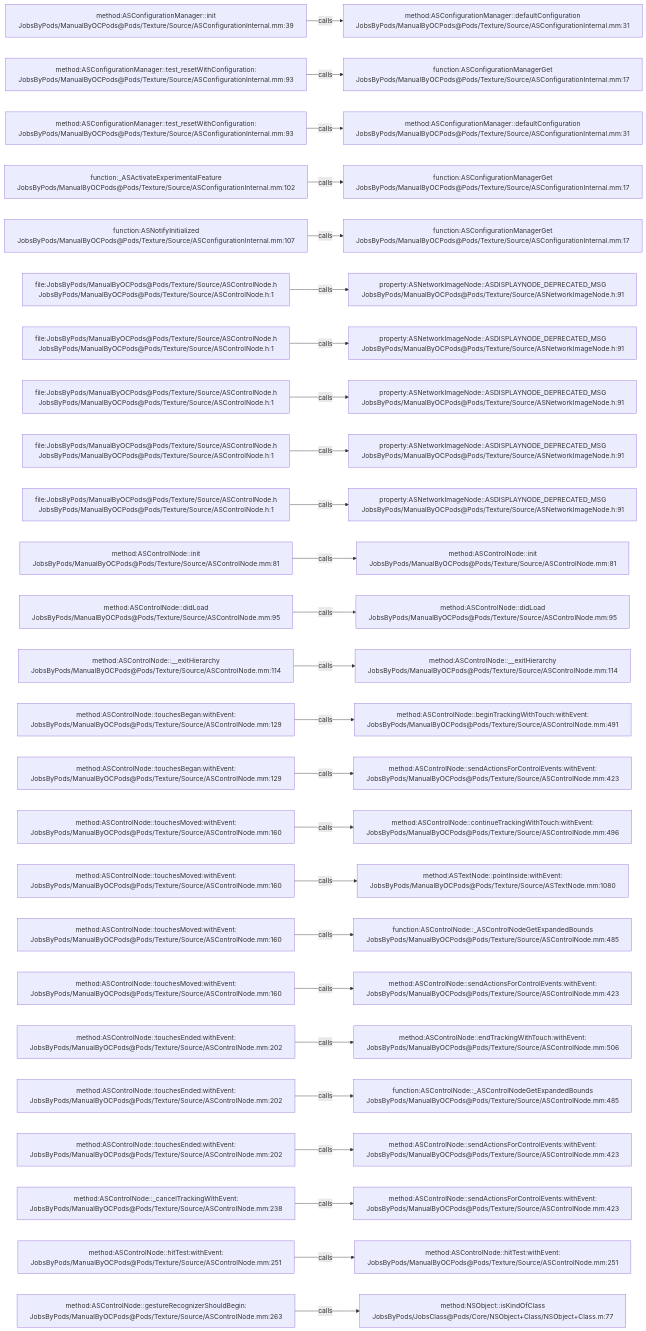
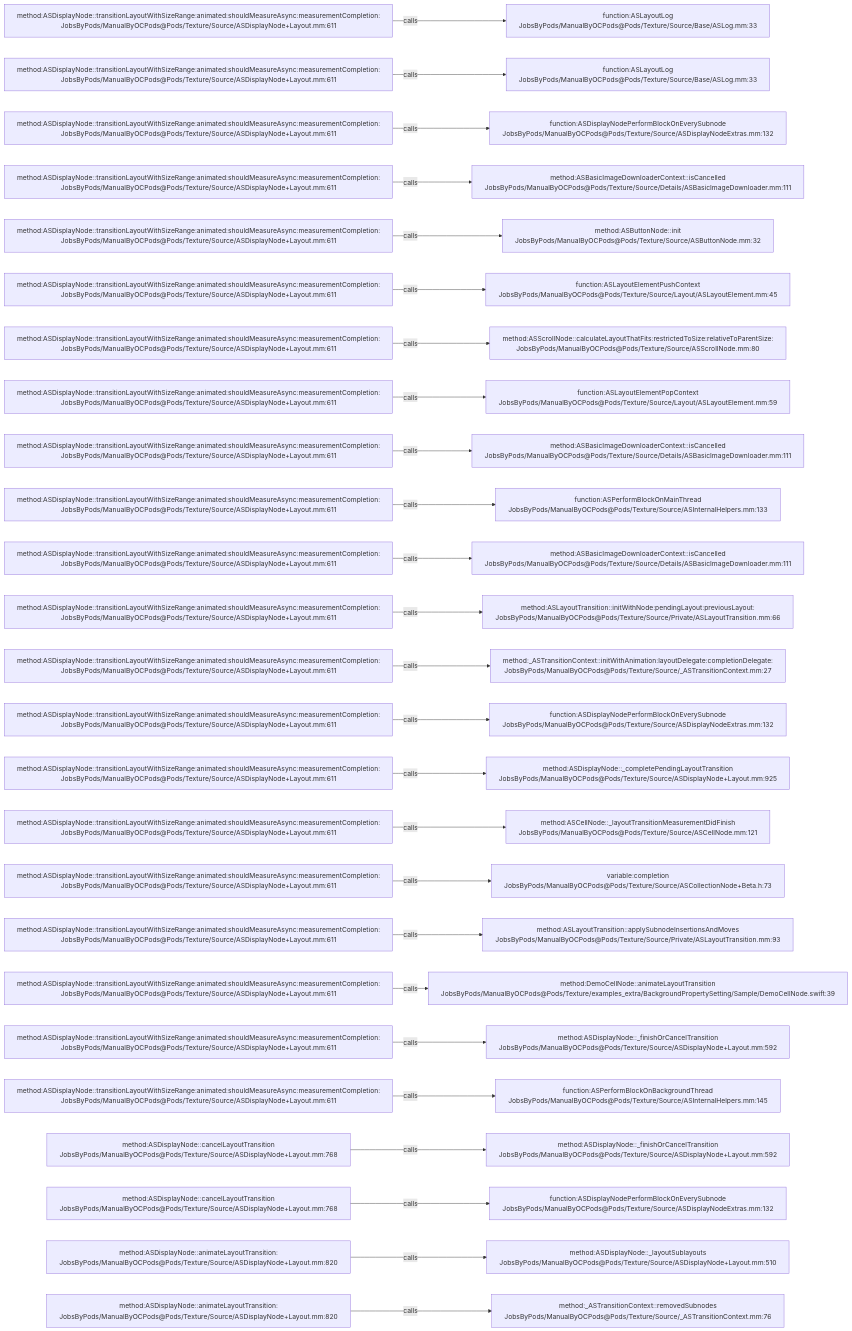
One commit to JobsKits/JobsOCBaseConfigDemo changed the diagram in .codegraph/codegraph.md/graphs/calls-078.md. Above: the diagram before and after it, drawn with Mermaid. The commit also changed 2723 other files, not shown here.

````diff
--- a/.codegraph/codegraph.md/graphs/calls-078.md
+++ b/.codegraph/codegraph.md/graphs/calls-078.md
@@ -13,78 +13,78 @@
 ```mermaid
 flowchart LR
-  S1["method:ASConfigurationManager::init<br/>JobsByPods/ManualByOCPods@Pods/Texture/Source/ASConfigurationInternal.mm:39"]
-  T1["method:ASConfigurationManager::defaultConfiguration<br/>JobsByPods/ManualByOCPods@Pods/Texture/Source/ASConfigurationInternal.mm:31"]
+  S1["method:ASDisplayNode::transitionLayoutWithSizeRange:animated:shouldMeasureAsync:measurementCompletion:<br/>JobsByPods/ManualByOCPods@Pods/Texture/Source/ASDisplayNode+Layout.mm:611"]
+  T1["function:ASLayoutLog<br/>JobsByPods/ManualByOCPods@Pods/Texture/Source/Base/ASLog.mm:33"]
   S1 -->|calls| T1
-  S2["method:ASConfigurationManager::test_resetWithConfiguration:<br/>JobsByPods/ManualByOCPods@Pods/Texture/Source/ASConfigurationInternal.mm:93"]
-  T2["function:ASConfigurationManagerGet<br/>JobsByPods/ManualByOCPods@Pods/Texture/Source/ASConfigurationInternal.mm:17"]
+  S2["method:ASDisplayNode::transitionLayoutWithSizeRange:animated:shouldMeasureAsync:measurementCompletion:<br/>JobsByPods/ManualByOCPods@Pods/Texture/Source/ASDisplayNode+Layout.mm:611"]
+  T2["function:ASLayoutLog<br/>JobsByPods/ManualByOCPods@Pods/Texture/Source/Base/ASLog.mm:33"]
   S2 -->|calls| T2
-  S3["method:ASConfigurationManager::test_resetWithConfiguration:<br/>JobsByPods/ManualByOCPods@Pods/Texture/Source/ASConfigurationInternal.mm:93"]
-  T3["method:ASConfigurationManager::defaultConfiguration<br/>JobsByPods/ManualByOCPods@Pods/Texture/Source/ASConfigurationInternal.mm:31"]
+  S3["method:ASDisplayNode::transitionLayoutWithSizeRange:animated:shouldMeasureAsync:measurementCompletion:<br/>JobsByPods/ManualByOCPods@Pods/Texture/Source/ASDisplayNode+Layout.mm:611"]
+  T3["function:ASDisplayNodePerformBlockOnEverySubnode<br/>JobsByPods/ManualByOCPods@Pods/Texture/Source/ASDisplayNodeExtras.mm:132"]
   S3 -->|calls| T3
-  S4["function:_ASActivateExperimentalFeature<br/>JobsByPods/ManualByOCPods@Pods/Texture/Source/ASConfigurationInternal.mm:102"]
-  T4["function:ASConfigurationManagerGet<br/>JobsByPods/ManualByOCPods@Pods/Texture/Source/ASConfigurationInternal.mm:17"]
+  S4["method:ASDisplayNode::transitionLayoutWithSizeRange:animated:shouldMeasureAsync:measurementCompletion:<br/>JobsByPods/ManualByOCPods@Pods/Texture/Source/ASDisplayNode+Layout.mm:611"]
+  T4["method:ASBasicImageDownloaderContext::isCancelled<br/>JobsByPods/ManualByOCPods@Pods/Texture/Source/Details/ASBasicImageDownloader.mm:111"]
   S4 -->|calls| T4
-  S5["function:ASNotifyInitialized<br/>JobsByPods/ManualByOCPods@Pods/Texture/Source/ASConfigurationInternal.mm:107"]
-  T5["function:ASConfigurationManagerGet<br/>JobsByPods/ManualByOCPods@Pods/Texture/Source/ASConfigurationInternal.mm:17"]
+  S5["method:ASDisplayNode::transitionLayoutWithSizeRange:animated:shouldMeasureAsync:measurementCompletion:<br/>JobsByPods/ManualByOCPods@Pods/Texture/Source/ASDisplayNode+Layout.mm:611"]
+  T5["method:ASButtonNode::init<br/>JobsByPods/ManualByOCPods@Pods/Texture/Source/ASButtonNode.mm:32"]
   S5 -->|calls| T5
-  S6["file:JobsByPods/ManualByOCPods@Pods/Texture/Source/ASControlNode.h<br/>JobsByPods/ManualByOCPods@Pods/Texture/Source/ASControlNode.h:1"]
-  T6["property:ASNetworkImageNode::ASDISPLAYNODE_DEPRECATED_MSG<br/>JobsByPods/ManualByOCPods@Pods/Texture/Source/ASNetworkImageNode.h:91"]
+  S6["method:ASDisplayNode::transitionLayoutWithSizeRange:animated:shouldMeasureAsync:measurementCompletion:<br/>JobsByPods/ManualByOCPods@Pods/Texture/Source/ASDisplayNode+Layout.mm:611"]
+  T6["function:ASLayoutElementPushContext<br/>JobsByPods/ManualByOCPods@Pods/Texture/Source/Layout/ASLayoutElement.mm:45"]
   S6 -->|calls| T6
-  S7["file:JobsByPods/ManualByOCPods@Pods/Texture/Source/ASControlNode.h<br/>JobsByPods/ManualByOCPods@Pods/Texture/Source/ASControlNode.h:1"]
-  T7["property:ASNetworkImageNode::ASDISPLAYNODE_DEPRECATED_MSG<br/>JobsByPods/ManualByOCPods@Pods/Texture/Source/ASNetworkImageNode.h:91"]
+  S7["method:ASDisplayNode::transitionLayoutWithSizeRange:animated:shouldMeasureAsync:measurementCompletion:<br/>JobsByPods/ManualByOCPods@Pods/Texture/Source/ASDisplayNode+Layout.mm:611"]
+  T7["method:ASScrollNode::calculateLayoutThatFits:restrictedToSize:relativeToParentSize:<br/>JobsByPods/ManualByOCPods@Pods/Texture/Source/ASScrollNode.mm:80"]
   S7 -->|calls| T7
-  S8["file:JobsByPods/ManualByOCPods@Pods/Texture/Source/ASControlNode.h<br/>JobsByPods/ManualByOCPods@Pods/Texture/Source/ASControlNode.h:1"]
-  T8["property:ASNetworkImageNode::ASDISPLAYNODE_DEPRECATED_MSG<br/>JobsByPods/ManualByOCPods@Pods/Texture/Source/ASNetworkImageNode.h:91"]
+  S8["method:ASDisplayNode::transitionLayoutWithSizeRange:animated:shouldMeasureAsync:measurementCompletion:<br/>JobsByPods/ManualByOCPods@Pods/Texture/Source/ASDisplayNode+Layout.mm:611"]
+  T8["function:ASLayoutElementPopContext<br/>JobsByPods/ManualByOCPods@Pods/Texture/Source/Layout/ASLayoutElement.mm:59"]
   S8 -->|calls| T8
-  S9["file:JobsByPods/ManualByOCPods@Pods/Texture/Source/ASControlNode.h<br/>JobsByPods/ManualByOCPods@Pods/Texture/Source/ASControlNode.h:1"]
-  T9["property:ASNetworkImageNode::ASDISPLAYNODE_DEPRECATED_MSG<br/>JobsByPods/ManualByOCPods@Pods/Texture/Source/ASNetworkImageNode.h:91"]
+  S9["method:ASDisplayNode::transitionLayoutWithSizeRange:animated:shouldMeasureAsync:measurementCompletion:<br/>JobsByPods/ManualByOCPods@Pods/Texture/Source/ASDisplayNode+Layout.mm:611"]
+  T9["method:ASBasicImageDownloaderContext::isCancelled<br/>JobsByPods/ManualByOCPods@Pods/Texture/Source/Details/ASBasicImageDownloader.mm:111"]
   S9 -->|calls| T9
-  S10["file:JobsByPods/ManualByOCPods@Pods/Texture/Source/ASControlNode.h<br/>JobsByPods/ManualByOCPods@Pods/Texture/Source/ASControlNode.h:1"]
-  T10["property:ASNetworkImageNode::ASDISPLAYNODE_DEPRECATED_MSG<br/>JobsByPods/ManualByOCPods@Pods/Texture/Source/ASNetworkImageNode.h:91"]
+  S10["method:ASDisplayNode::transitionLayoutWithSizeRange:animated:shouldMeasureAsync:measurementCompletion:<br/>JobsByPods/ManualByOCPods@Pods/Texture/Source/ASDisplayNode+Layout.mm:611"]
+  T10["function:ASPerformBlockOnMainThread<br/>JobsByPods/ManualByOCPods@Pods/Texture/Source/ASInternalHelpers.mm:133"]
   S10 -->|calls| T10
-  S11["method:ASControlNode::init<br/>JobsByPods/ManualByOCPods@Pods/Texture/Source/ASControlNode.mm:81"]
-  T11["method:ASControlNode::init<br/>JobsByPods/ManualByOCPods@Pods/Texture/Source/ASControlNode.mm:81"]
+  S11["method:ASDisplayNode::transitionLayoutWithSizeRange:animated:shouldMeasureAsync:measurementCompletion:<br/>JobsByPods/ManualByOCPods@Pods/Texture/Source/ASDisplayNode+Layout.mm:611"]
+  T11["method:ASBasicImageDownloaderContext::isCancelled<br/>JobsByPods/ManualByOCPods@Pods/Texture/Source/Details/ASBasicImageDownloader.mm:111"]
   S11 -->|calls| T11
-  S12["method:ASControlNode::didLoad<br/>JobsByPods/ManualByOCPods@Pods/Texture/Source/ASControlNode.mm:95"]
-  T12["method:ASControlNode::didLoad<br/>JobsByPods/ManualByOCPods@Pods/Texture/Source/ASControlNode.mm:95"]
+  S12["method:ASDisplayNode::transitionLayoutWithSizeRange:animated:shouldMeasureAsync:measurementCompletion:<br/>JobsByPods/ManualByOCPods@Pods/Texture/Source/ASDisplayNode+Layout.mm:611"]
+  T12["method:ASLayoutTransition::initWithNode:pendingLayout:previousLayout:<br/>JobsByPods/ManualByOCPods@Pods/Texture/Source/Private/ASLayoutTransition.mm:66"]
   S12 -->|calls| T12
-  S13["method:ASControlNode::__exitHierarchy<br/>JobsByPods/ManualByOCPods@Pods/Texture/Source/ASControlNode.mm:114"]
-  T13["method:ASControlNode::__exitHierarchy<br/>JobsByPods/ManualByOCPods@Pods/Texture/Source/ASControlNode.mm:114"]
+  S13["method:ASDisplayNode::transitionLayoutWithSizeRange:animated:shouldMeasureAsync:measurementCompletion:<br/>JobsByPods/ManualByOCPods@Pods/Texture/Source/ASDisplayNode+Layout.mm:611"]
+  T13["method:_ASTransitionContext::initWithAnimation:layoutDelegate:completionDelegate:<br/>JobsByPods/ManualByOCPods@Pods/Texture/Source/_ASTransitionContext.mm:27"]
   S13 -->|calls| T13
-  S14["method:ASControlNode::touchesBegan:withEvent:<br/>JobsByPods/ManualByOCPods@Pods/Texture/Source/ASControlNode.mm:129"]
-  T14["method:ASControlNode::beginTrackingWithTouch:withEvent:<br/>JobsByPods/ManualByOCPods@Pods/Texture/Source/ASControlNode.mm:491"]
+  S14["method:ASDisplayNode::transitionLayoutWithSizeRange:animated:shouldMeasureAsync:measurementCompletion:<br/>JobsByPods/ManualByOCPods@Pods/Texture/Source/ASDisplayNode+Layout.mm:611"]
+  T14["function:ASDisplayNodePerformBlockOnEverySubnode<br/>JobsByPods/ManualByOCPods@Pods/Texture/Source/ASDisplayNodeExtras.mm:132"]
   S14 -->|calls| T14
-  S15["method:ASControlNode::touchesBegan:withEvent:<br/>JobsByPods/ManualByOCPods@Pods/Texture/Source/ASControlNode.mm:129"]
-  T15["method:ASControlNode::sendActionsForControlEvents:withEvent:<br/>JobsByPods/ManualByOCPods@Pods/Texture/Source/ASControlNode.mm:423"]
+  S15["method:ASDisplayNode::transitionLayoutWithSizeRange:animated:shouldMeasureAsync:measurementCompletion:<br/>JobsByPods/ManualByOCPods@Pods/Texture/Source/ASDisplayNode+Layout.mm:611"]
+  T15["method:ASDisplayNode::_completePendingLayoutTransition<br/>JobsByPods/ManualByOCPods@Pods/Texture/Source/ASDisplayNode+Layout.mm:925"]
   S15 -->|calls| T15
-  S16["method:ASControlNode::touchesMoved:withEvent:<br/>JobsByPods/ManualByOCPods@Pods/Texture/Source/ASControlNode.mm:160"]
-  T16["method:ASControlNode::continueTrackingWithTouch:withEvent:<br/>JobsByPods/ManualByOCPods@Pods/Texture/Source/ASControlNode.mm:496"]
+  S16["method:ASDisplayNode::transitionLayoutWithSizeRange:animated:shouldMeasureAsync:measurementCompletion:<br/>JobsByPods/ManualByOCPods@Pods/Texture/Source/ASDisplayNode+Layout.mm:611"]
+  T16["method:ASCellNode::_layoutTransitionMeasurementDidFinish<br/>JobsByPods/ManualByOCPods@Pods/Texture/Source/ASCellNode.mm:121"]
   S16 -->|calls| T16
-  S17["method:ASControlNode::touchesMoved:withEvent:<br/>JobsByPods/ManualByOCPods@Pods/Texture/Source/ASControlNode.mm:160"]
-  T17["method:ASTextNode::pointInside:withEvent:<br/>JobsByPods/ManualByOCPods@Pods/Texture/Source/ASTextNode.mm:1080"]
+  S17["method:ASDisplayNode::transitionLayoutWithSizeRange:animated:shouldMeasureAsync:measurementCompletion:<br/>JobsByPods/ManualByOCPods@Pods/Texture/Source/ASDisplayNode+Layout.mm:611"]
+  T17["variable:completion<br/>JobsByPods/ManualByOCPods@Pods/Texture/Source/ASCollectionNode+Beta.h:73"]
   S17 -->|calls| T17
-  S18["method:ASControlNode::touchesMoved:withEvent:<br/>JobsByPods/ManualByOCPods@Pods/Texture/Source/ASControlNode.mm:160"]
-  T18["function:ASControlNode::_ASControlNodeGetExpandedBounds<br/>JobsByPods/ManualByOCPods@Pods/Texture/Source/ASControlNode.mm:485"]
+  S18["method:ASDisplayNode::transitionLayoutWithSizeRange:animated:shouldMeasureAsync:measurementCompletion:<br/>JobsByPods/ManualByOCPods@Pods/Texture/Source/ASDisplayNode+Layout.mm:611"]
+  T18["method:ASLayoutTransition::applySubnodeInsertionsAndMoves<br/>JobsByPods/ManualByOCPods@Pods/Texture/Source/Private/ASLayoutTransition.mm:93"]
   S18 -->|calls| T18
-  S19["method:ASControlNode::touchesMoved:withEvent:<br/>JobsByPods/ManualByOCPods@Pods/Texture/Source/ASControlNode.mm:160"]
-  T19["method:ASControlNode::sendActionsForControlEvents:withEvent:<br/>JobsByPods/ManualByOCPods@Pods/Texture/Source/ASControlNode.mm:423"]
+  S19["method:ASDisplayNode::transitionLayoutWithSizeRange:animated:shouldMeasureAsync:measurementCompletion:<br/>JobsByPods/ManualByOCPods@Pods/Texture/Source/ASDisplayNode+Layout.mm:611"]
+  T19["method:DemoCellNode::animateLayoutTransition<br/>JobsByPods/ManualByOCPods@Pods/Texture/examples_extra/BackgroundPropertySetting/Sample/DemoCellNode.swift:39"]
   S19 -->|calls| T19
-  S20["method:ASControlNode::touchesEnded:withEvent:<br/>JobsByPods/ManualByOCPods@Pods/Texture/Source/ASControlNode.mm:202"]
-  T20["method:ASControlNode::endTrackingWithTouch:withEvent:<br/>JobsByPods/ManualByOCPods@Pods/Texture/Source/ASControlNode.mm:506"]
+  S20["method:ASDisplayNode::transitionLayoutWithSizeRange:animated:shouldMeasureAsync:measurementCompletion:<br/>JobsByPods/ManualByOCPods@Pods/Texture/Source/ASDisplayNode+Layout.mm:611"]
+  T20["method:ASDisplayNode::_finishOrCancelTransition<br/>JobsByPods/ManualByOCPods@Pods/Texture/Source/ASDisplayNode+Layout.mm:592"]
   S20 -->|calls| T20
-  S21["method:ASControlNode::touchesEnded:withEvent:<br/>JobsByPods/ManualByOCPods@Pods/Texture/Source/ASControlNode.mm:202"]
-  T21["function:ASControlNode::_ASControlNodeGetExpandedBounds<br/>JobsByPods/ManualByOCPods@Pods/Texture/Source/ASControlNode.mm:485"]
+  S21["method:ASDisplayNode::transitionLayoutWithSizeRange:animated:shouldMeasureAsync:measurementCompletion:<br/>JobsByPods/ManualByOCPods@Pods/Texture/Source/ASDisplayNode+Layout.mm:611"]
+  T21["function:ASPerformBlockOnBackgroundThread<br/>JobsByPods/ManualByOCPods@Pods/Texture/Source/ASInternalHelpers.mm:145"]
   S21 -->|calls| T21
-  S22["method:ASControlNode::touchesEnded:withEvent:<br/>JobsByPods/ManualByOCPods@Pods/Texture/Source/ASControlNode.mm:202"]
-  T22["method:ASControlNode::sendActionsForControlEvents:withEvent:<br/>JobsByPods/ManualByOCPods@Pods/Texture/Source/ASControlNode.mm:423"]
+  S22["method:ASDisplayNode::cancelLayoutTransition<br/>JobsByPods/ManualByOCPods@Pods/Texture/Source/ASDisplayNode+Layout.mm:768"]
+  T22["method:ASDisplayNode::_finishOrCancelTransition<br/>JobsByPods/ManualByOCPods@Pods/Texture/Source/ASDisplayNode+Layout.mm:592"]
   S22 -->|calls| T22
-  S23["method:ASControlNode::_cancelTrackingWithEvent:<br/>JobsByPods/ManualByOCPods@Pods/Texture/Source/ASControlNode.mm:238"]
-  T23["method:ASControlNode::sendActionsForControlEvents:withEvent:<br/>JobsByPods/ManualByOCPods@Pods/Texture/Source/ASControlNode.mm:423"]
+  S23["method:ASDisplayNode::cancelLayoutTransition<br/>JobsByPods/ManualByOCPods@Pods/Texture/Source/ASDisplayNode+Layout.mm:768"]
+  T23["function:ASDisplayNodePerformBlockOnEverySubnode<br/>JobsByPods/ManualByOCPods@Pods/Texture/Source/ASDisplayNodeExtras.mm:132"]
   S23 -->|calls| T23
-  S24["method:ASControlNode::hitTest:withEvent:<br/>JobsByPods/ManualByOCPods@Pods/Texture/Source/ASControlNode.mm:251"]
-  T24["method:ASControlNode::hitTest:withEvent:<br/>JobsByPods/ManualByOCPods@Pods/Texture/Source/ASControlNode.mm:251"]
+  S24["method:ASDisplayNode::animateLayoutTransition:<br/>JobsByPods/ManualByOCPods@Pods/Texture/Source/ASDisplayNode+Layout.mm:820"]
+  T24["method:ASDisplayNode::_layoutSublayouts<br/>JobsByPods/ManualByOCPods@Pods/Texture/Source/ASDisplayNode+Layout.mm:510"]
   S24 -->|calls| T24
-  S25["method:ASControlNode::gestureRecognizerShouldBegin:<br/>JobsByPods/ManualByOCPods@Pods/Texture/Source/ASControlNode.mm:263"]
-  T25["method:NSObject::isKindOfClass<br/>JobsByPods/JobsClass@Pods/Core/NSObject+Class/NSObject+Class.m:77"]
+  S25["method:ASDisplayNode::animateLayoutTransition:<br/>JobsByPods/ManualByOCPods@Pods/Texture/Source/ASDisplayNode+Layout.mm:820"]
+  T25["method:_ASTransitionContext::removedSubnodes<br/>JobsByPods/ManualByOCPods@Pods/Texture/Source/_ASTransitionContext.mm:76"]
   S25 -->|calls| T25
 ```
````
